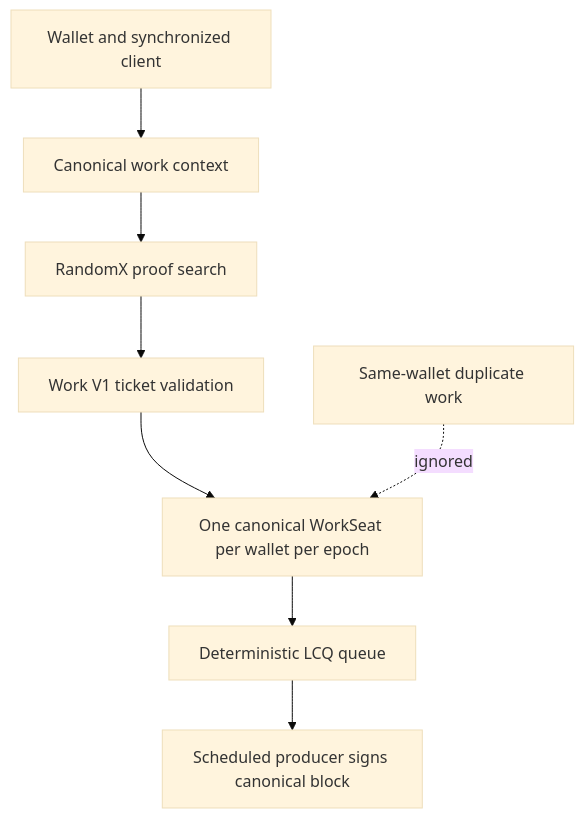
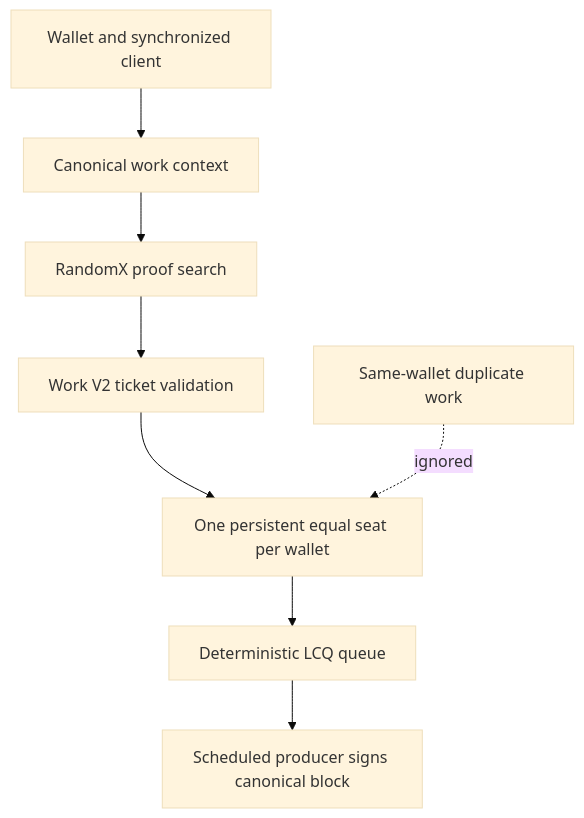
Before and after one commit to rabbitmainnet/rabbit-chain-whitepaper: the diagram in assets/diagrams/mining-lcq-flow.mmd, drawn with Mermaid (base theme). The commit also changed 9 other files, not shown here.

```diff
--- a/assets/diagrams/mining-lcq-flow.mmd
+++ b/assets/diagrams/mining-lcq-flow.mmd
@@ -1,8 +1,8 @@
 flowchart TD
     A[Wallet and synchronized client] --> B[Canonical work context]
     B --> C[RandomX proof search]
-    C --> D[Work V1 ticket validation]
-    D --> E[One canonical WorkSeat per wallet per epoch]
+    C --> D[Work V2 ticket validation]
+    D --> E[One persistent equal seat per wallet]
     X[Same-wallet duplicate work] -. ignored .-> E
     E --> F[Deterministic LCQ queue]
     F --> G[Scheduled producer signs canonical block]
```
